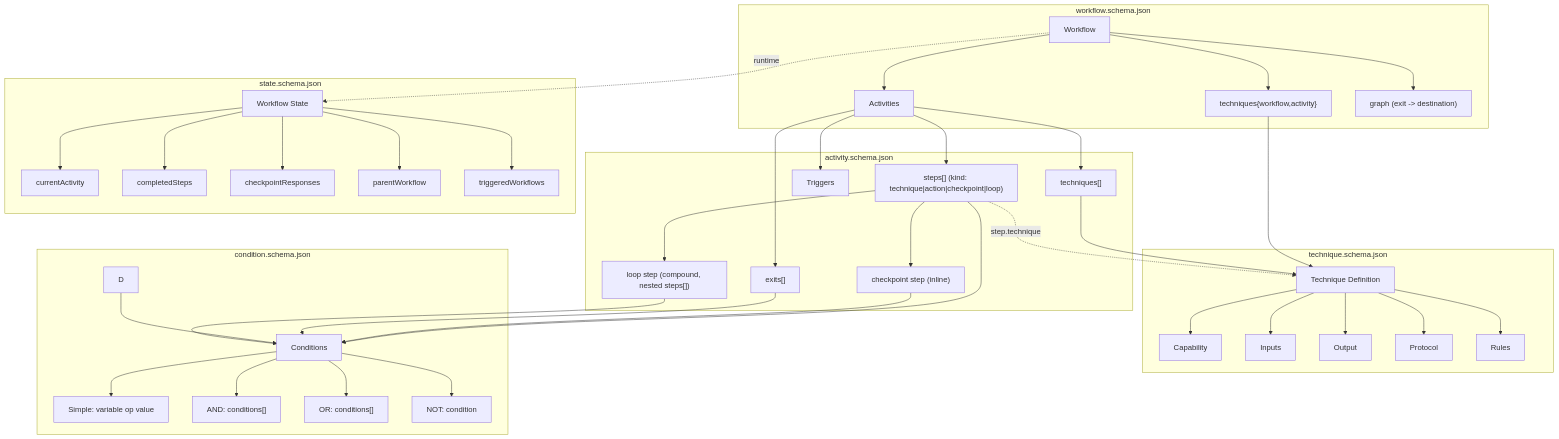
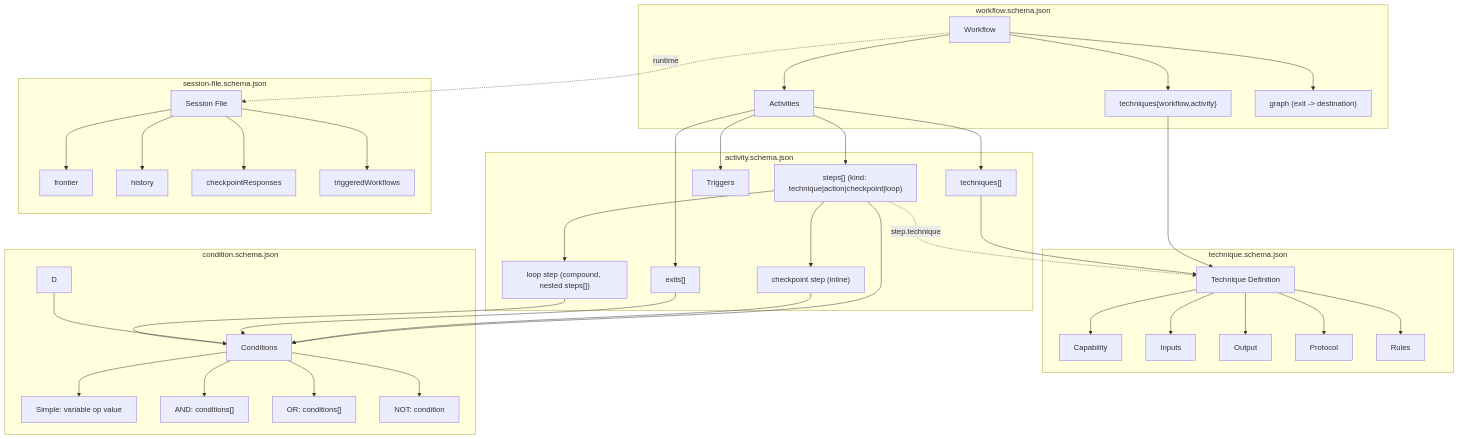
The second of 3 diagrams in schemas/README.md (m2ux/workflow-server), drawn with Mermaid before and after one commit. The commit also changed other lines of this file and 7 other files, not shown here.

First line of the commit message:
Serve session-file as the runtime schema resource

````diff
--- a/schemas/README.md
+++ b/schemas/README.md
@@ -91,49 +89,48 @@
 ```mermaid
 flowchart TB
     subgraph Workflow["workflow.schema.json"]
         W[Workflow] --> A[Activities]
         W --> SK1["techniques{workflow,activity}"]
         W --> G["graph (exit -> destination)"]
     end
     
     subgraph Activity["activity.schema.json"]
         A --> S["steps[] (kind: technique|action|checkpoint|loop)"]
         S --> C["checkpoint step (inline)"]
         S --> L["loop step (compound, nested steps[])"]
         A --> T["exits[]"]
         A --> TR[Triggers]
         A --> SK2["techniques[]"]
     end
     
     subgraph Technique["technique.schema.json"]
         SK1 --> SKD[Technique Definition]
         SK2 --> SKD
         S -.->|"step.technique"| SKD
         SKD --> Cap[Capability]
         SKD --> In[Inputs]
         SKD --> Out[Output]
         SKD --> Proto[Protocol]
         SKD --> Rules[Rules]
     end
     
     subgraph Condition["condition.schema.json"]
         S --> COND[Conditions]
         C --> COND
         T --> COND
         D --> COND
         L --> COND
         COND --> Simple["Simple: variable op value"]
         COND --> And["AND: conditions[]"]
         COND --> Or["OR: conditions[]"]
         COND --> Not["NOT: condition"]
     end
     
-    subgraph State["state.schema.json"]
-        W -.->|"runtime"| ST[Workflow State]
-        ST --> CA[currentActivity]
-        ST --> CS[completedSteps]
+    subgraph Session["session-file.schema.json"]
+        W -.->|"runtime"| ST[Session File]
+        ST --> CA[frontier]
+        ST --> CS[history]
         ST --> CR[checkpointResponses]
-        ST --> PW[parentWorkflow]
         ST --> TW[triggeredWorkflows]
     end
 ```
````
